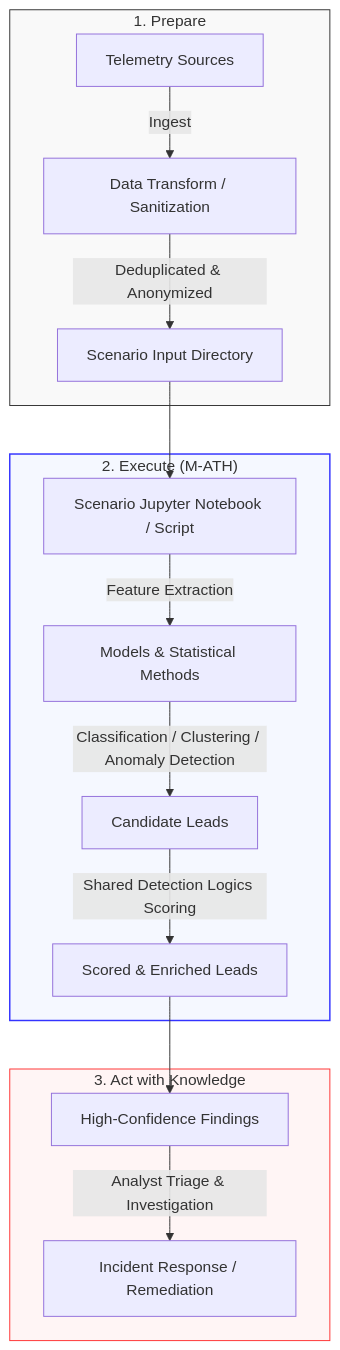
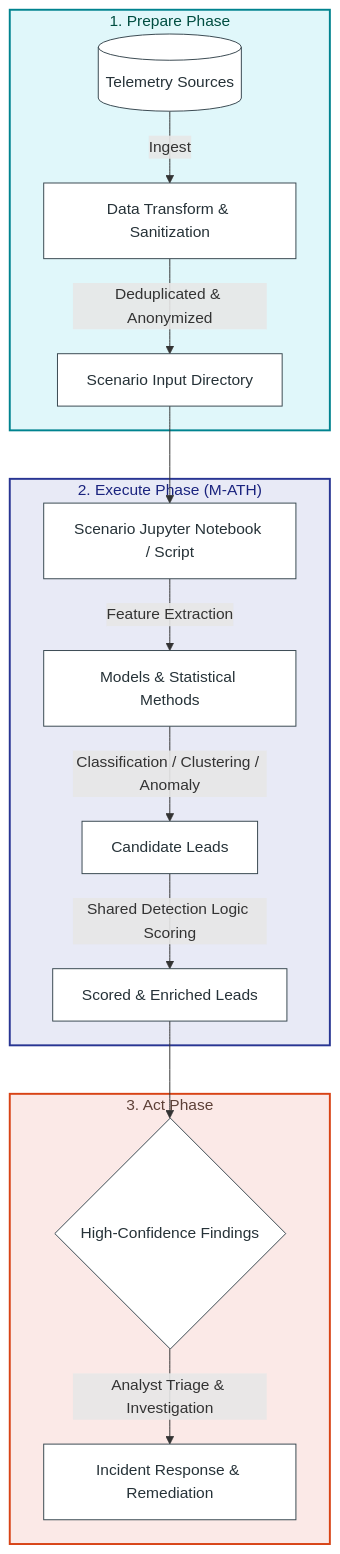
Before and after one commit to Cyber-Threat-Hunting-Playground/m-ath-threat-hunting-catalog: the first of 3 diagrams in README.md, drawn with Mermaid. The commit also changed other lines of this file and 4 other files, not shown here.

````diff
--- a/README.md
+++ b/README.md
@@ -33,21 +37,31 @@
 ```mermaid
 graph TD
-    subgraph Prepare ["1. Prepare"]
-        A[Telemetry Sources] -->|Ingest| B[Data Transform / Sanitization]
+    %% Custom Styling Definitions
+    classDef prepareStyle fill:#E0F7FA,stroke:#00838F,stroke-width:2px,color:#004D40;
+    classDef executeStyle fill:#E8EAF6,stroke:#283593,stroke-width:2px,color:#1A237E;
+    classDef actStyle fill:#FBE9E7,stroke:#D84315,stroke-width:2px,color:#5D4037;
+    classDef nodeStyle fill:#FFFFFF,stroke:#37474F,stroke-width:1px,color:#263238;
+
+    subgraph Phase1 ["1. Prepare Phase"]
+        A[(Telemetry Sources)] -->|Ingest| B[Data Transform & Sanitization]
         B -->|Deduplicated & Anonymized| C[Scenario Input Directory]
     end
-    subgraph Execute ["2. Execute (M-ATH)"]
+    
+    subgraph Phase2 ["2. Execute Phase (M-ATH)"]
         C --> D[Scenario Jupyter Notebook / Script]
         D -->|Feature Extraction| E[Models & Statistical Methods]
-        E -->|Classification / Clustering / Anomaly Detection| F[Candidate Leads]
-        F -->|Shared Detection Logics Scoring| G[Scored & Enriched Leads]
+        E -->|Classification / Clustering / Anomaly| F[Candidate Leads]
+        F -->|Shared Detection Logic Scoring| G[Scored & Enriched Leads]
     end
-    subgraph Act ["3. Act with Knowledge"]
-        G --> H[High-Confidence Findings]
-        H -->|Analyst Triage & Investigation| I[Incident Response / Remediation]
+    
+    subgraph Phase3 ["3. Act Phase"]
+        G --> H{High-Confidence Findings}
+        H -->|Analyst Triage & Investigation| I[Incident Response & Remediation]
     end
 
-    style Prepare fill:#f9f9f9,stroke:#333,stroke-width:1px
-    style Execute fill:#f5f8ff,stroke:#33ff,stroke-width:1.5px
-    style Act fill:#fff5f5,stroke:#ff3333,stroke-width:1px
+    %% Apply Classes
+    class Phase1 prepareStyle;
+    class Phase2 executeStyle;
+    class Phase3 actStyle;
+    class A,B,C,D,E,F,G,H,I nodeStyle;
 ```
````
